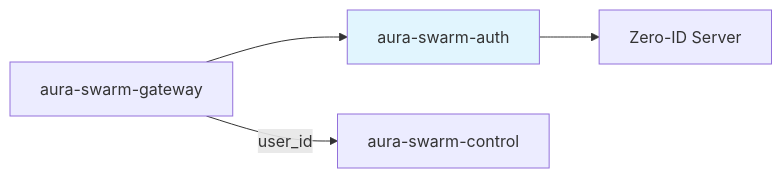
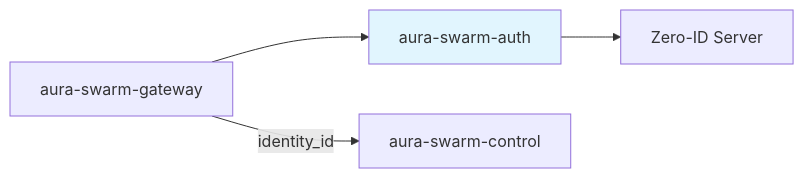
One commit to cypher-asi/aura-swarm changed the first of 3 diagrams in docs/spec/v0.1.0/07-auth.md. Above: the diagram before and after it, drawn with Mermaid. The commit also changed other lines of this file and 87 other files, not shown here.

````diff
--- a/docs/spec/v0.1.0/07-auth.md
+++ b/docs/spec/v0.1.0/07-auth.md
@@ -16,8 +18,8 @@
 ```mermaid
 graph LR
     Gateway[aura-swarm-gateway] --> Auth[aura-swarm-auth]
     Auth --> ZeroID[Zero-ID Server]
-    Gateway -->|user_id| Control[aura-swarm-control]
+    Gateway -->|identity_id| Control[aura-swarm-control]
     
     style Auth fill:#e1f5fe
 ```
````
